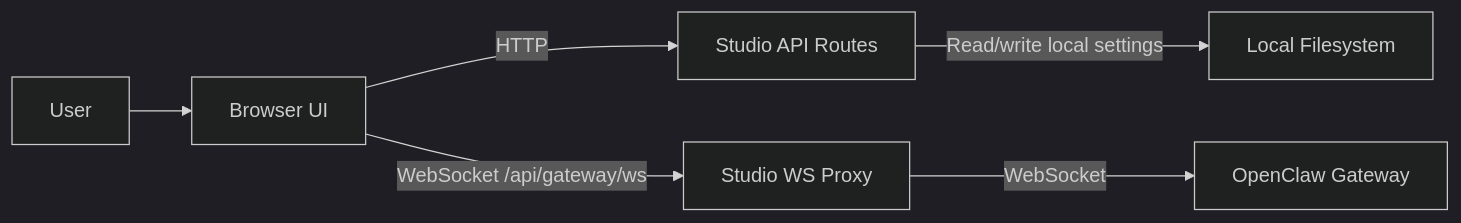
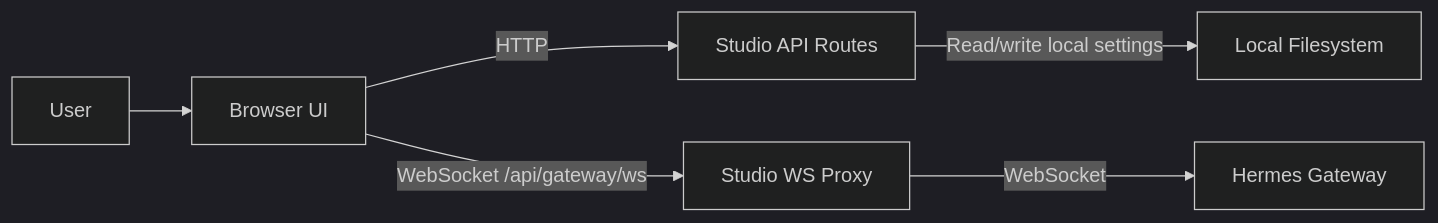
The diagram in ARCHITECTURE.md (Fallenproud/Hermes3D), drawn with Mermaid (dark theme) before and after one commit. The commit also changed other lines of this file and 163 other files, not shown here.

First line of the commit message:
feat: target Hermes as the only gateway backend

````diff
--- a/ARCHITECTURE.md
+++ b/ARCHITECTURE.md
@@ -127,8 +127,8 @@
 ```mermaid
 flowchart LR
   U[User] --> B[Browser UI]
   B -->|HTTP| A[Studio API Routes]
   B -->|WebSocket /api/gateway/ws| P[Studio WS Proxy]
   A -->|Read/write local settings| F[Local Filesystem]
-  P -->|WebSocket| G[OpenClaw Gateway]
+  P -->|WebSocket| G[Hermes Gateway]
 ```
````
